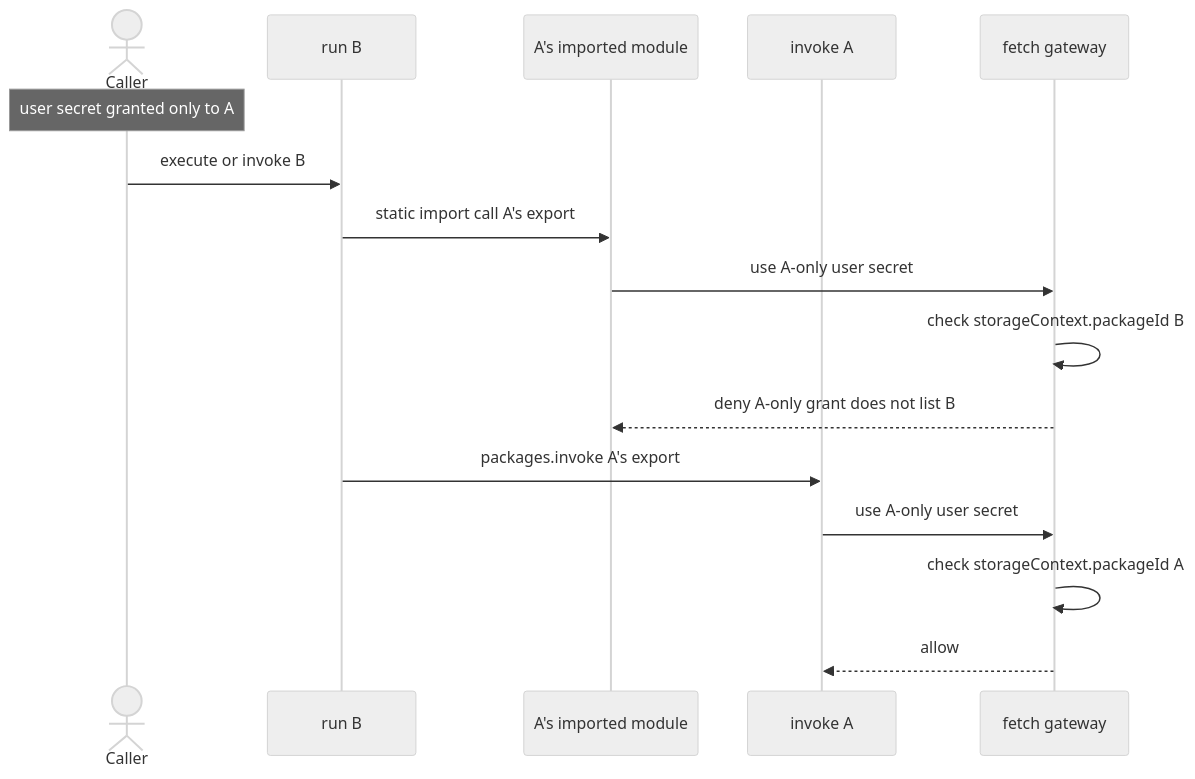
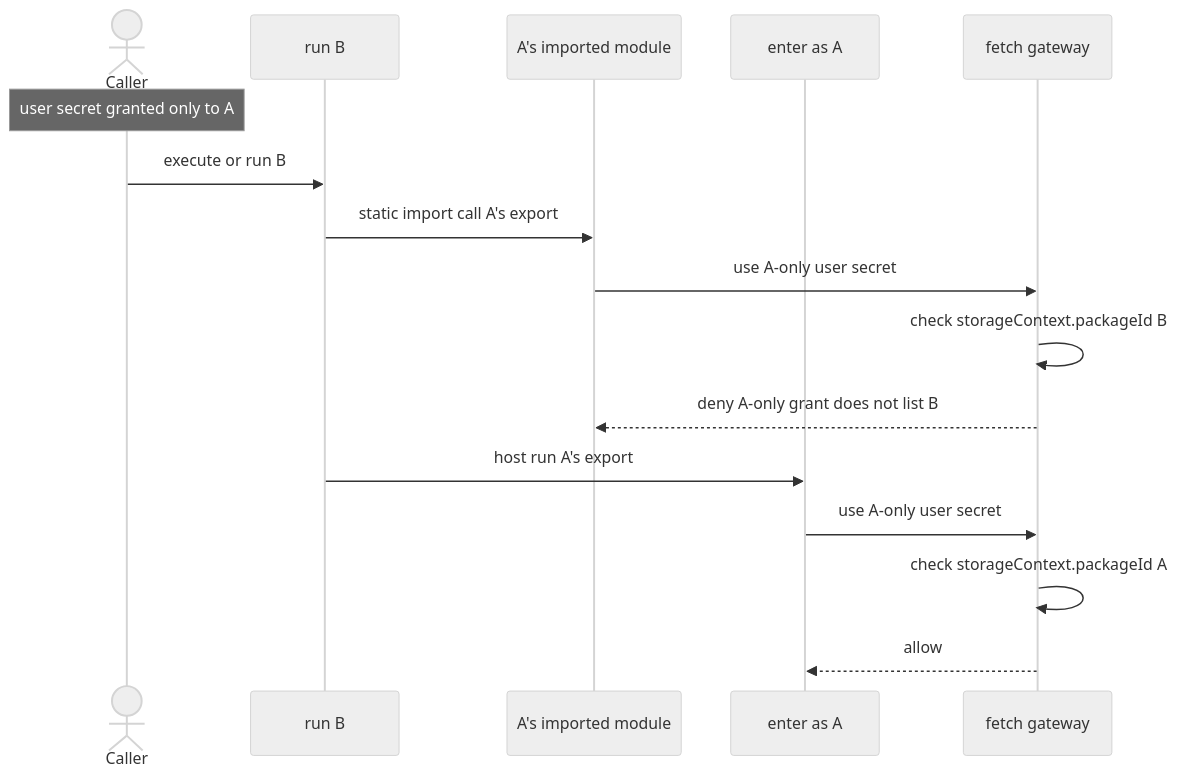
Before and after one commit to kentcdodds/kody: the third of 5 diagrams in docs/contributing/package-storage-static-imports.md, drawn with Mermaid (neutral theme). The commit also changed other lines of this file and 11 other files, not shown here.

First line of the commit message:
Garden docs off author-facing packages.invoke after 0036/0037

````diff
--- a/docs/contributing/package-storage-static-imports.md
+++ b/docs/contributing/package-storage-static-imports.md
@@ -252,18 +117,18 @@
 ```mermaid
 sequenceDiagram
 	actor Caller
 	participant B as run B
 	participant Amod as A's imported module
-	participant Invoke as invoke A
+	participant Enter as enter as A
 	participant Gateway as fetch gateway
 	Note over Caller: user secret granted only to A
-	Caller->>B: execute or invoke B
+	Caller->>B: execute or run B
 	B->>Amod: static import call A's export
 	Amod->>Gateway: use A-only user secret
 	Gateway->>Gateway: check storageContext.packageId B
 	Gateway-->>Amod: deny A-only grant does not list B
-	B->>Invoke: packages.invoke A's export
-	Invoke->>Gateway: use A-only user secret
+	B->>Enter: host run A's export
+	Enter->>Gateway: use A-only user secret
 	Gateway->>Gateway: check storageContext.packageId A
-	Gateway-->>Invoke: allow
+	Gateway-->>Enter: allow
 ```
````
